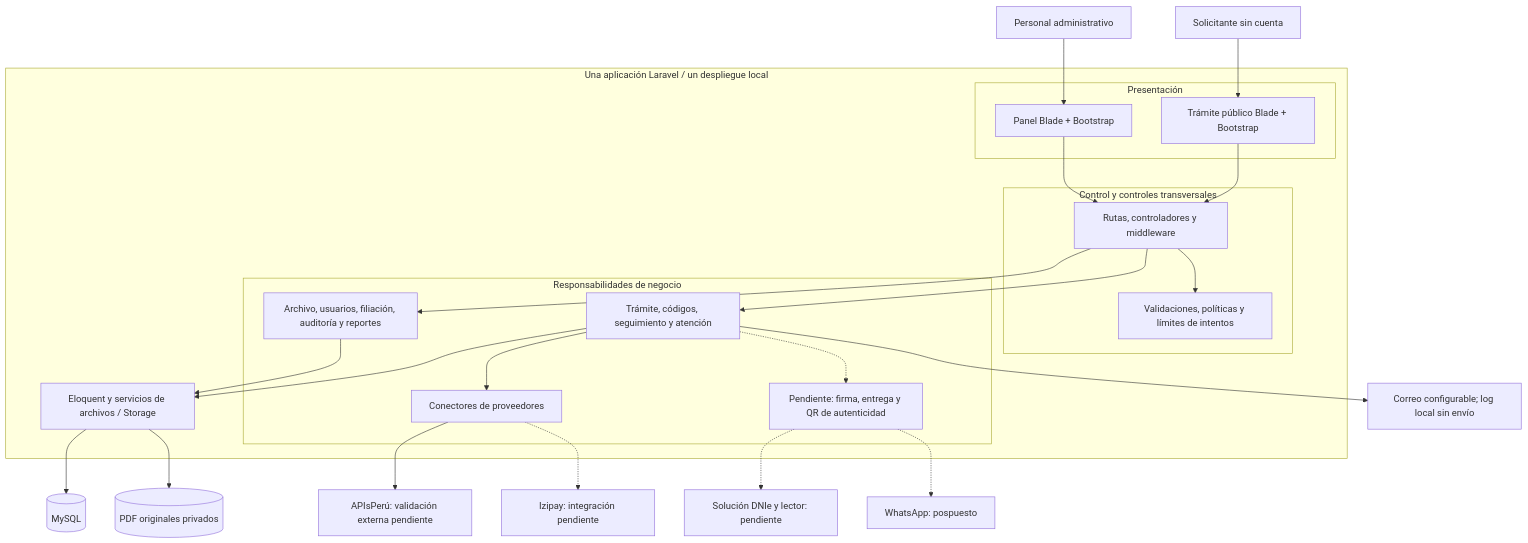
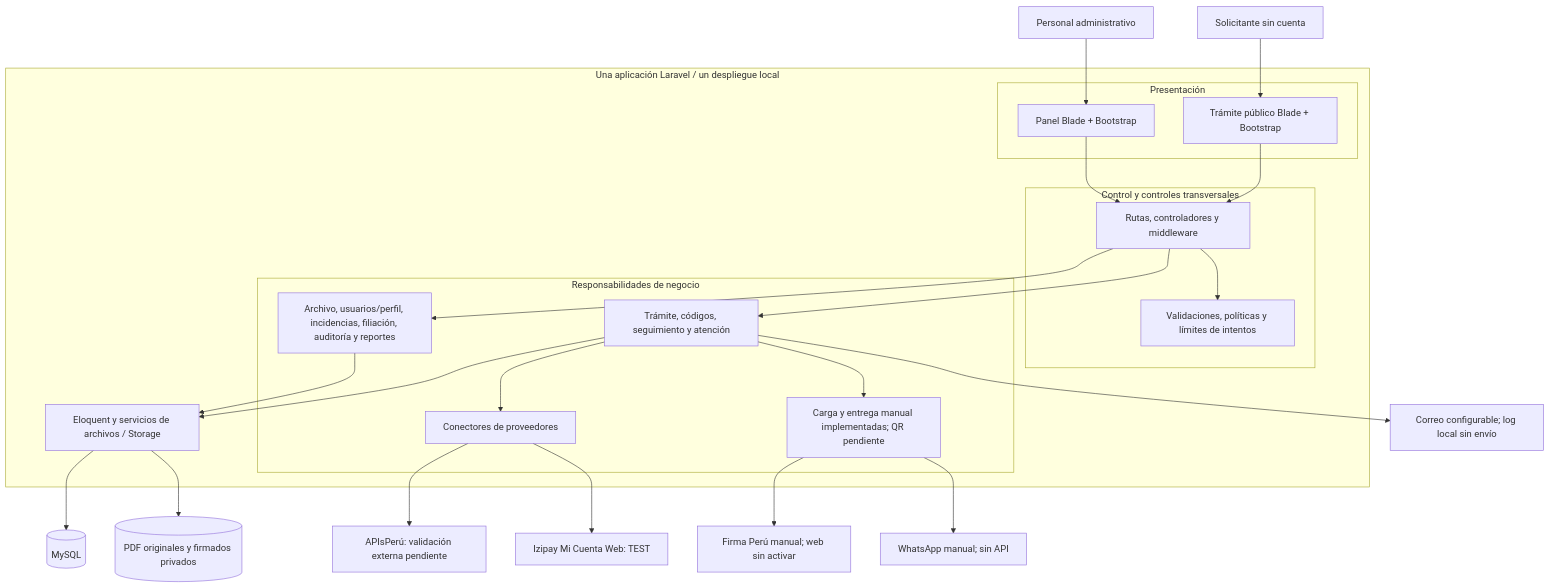
Before and after one commit to DeyviQC/RegistroCivil_arquiSoft_Quispe-02: the diagram in arquitectura/estilo-arquitectonico.md, drawn with Mermaid. The commit also changed other lines of this file, not shown here.

Commit message:
docs: actualizar alcance del monolito y sus integraciones

````diff
--- a/arquitectura/estilo-arquitectonico.md
+++ b/arquitectura/estilo-arquitectonico.md
@@ -21,40 +21,40 @@
 ```mermaid
 flowchart TD
     Personal["Personal administrativo"]
     Ciudadano["Solicitante sin cuenta"]
     subgraph Monolito["Una aplicación Laravel / un despliegue local"]
         subgraph Presentacion["Presentación"]
             Panel["Panel Blade + Bootstrap"]
             Portal["Trámite público Blade + Bootstrap"]
         end
         subgraph Control["Control y controles transversales"]
             HTTP["Rutas, controladores y middleware"]
             ReglasAcceso["Validaciones, políticas y límites de intentos"]
         end
         subgraph Negocio["Responsabilidades de negocio"]
-            Actual["Archivo, usuarios, filiación, auditoría y reportes"]
+            Actual["Archivo, usuarios/perfil, incidencias, filiación, auditoría y reportes"]
             Tramite["Trámite, códigos, seguimiento y atención"]
             Integracion["Conectores de proveedores"]
-            Previsto["Pendiente: firma, entrega y QR de autenticidad"]
+            Previsto["Carga y entrega manual implementadas; QR pendiente"]
         end
         Datos["Eloquent y servicios de archivos / Storage"]
         Panel --> HTTP
         Portal --> HTTP
         HTTP --> ReglasAcceso
         HTTP --> Actual
         HTTP --> Tramite
         Actual --> Datos
         Tramite --> Datos
         Tramite --> Integracion
-        Tramite -.-> Previsto
+        Tramite --> Previsto
     end
     Personal --> Panel
     Ciudadano --> Portal
     Datos --> BD[("MySQL")]
-    Datos --> PDF[("PDF originales privados")]
+    Datos --> PDF[("PDF originales y firmados privados")]
     Integracion --> Externos["APIsPerú: validación externa pendiente"]
-    Integracion -.-> Izipay["Izipay: integración pendiente"]
+    Integracion --> Izipay["Izipay Mi Cuenta Web: TEST"]
     Tramite --> Correo["Correo configurable; log local sin envío"]
-    Previsto -.-> Firma["Solución DNIe y lector: pendiente"]
-    Previsto -.-> Avisos["WhatsApp: pospuesto"]
+    Previsto --> Firma["Firma Perú manual; web sin activar"]
+    Previsto --> Avisos["WhatsApp manual; sin API"]
 ```
````
